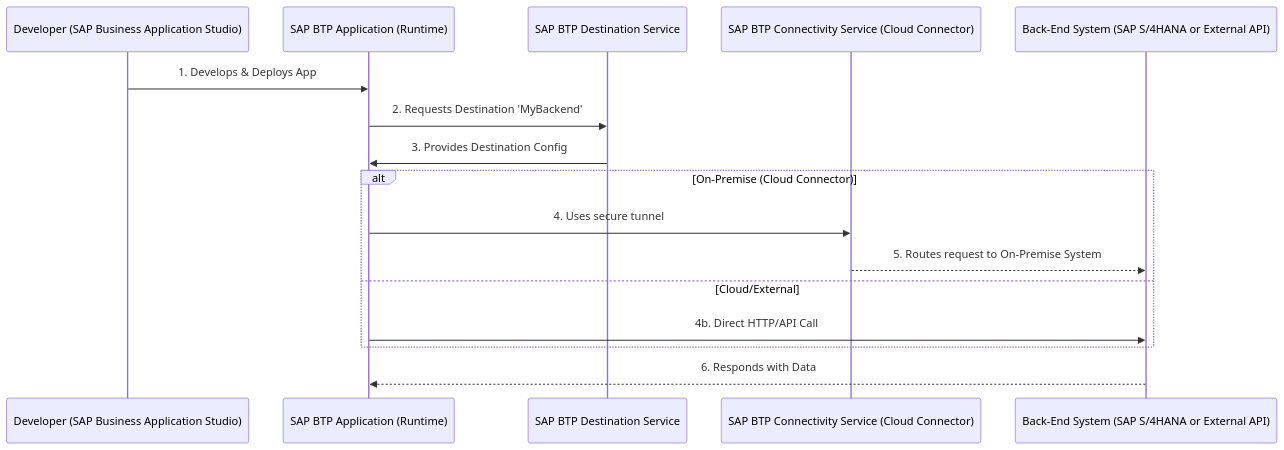
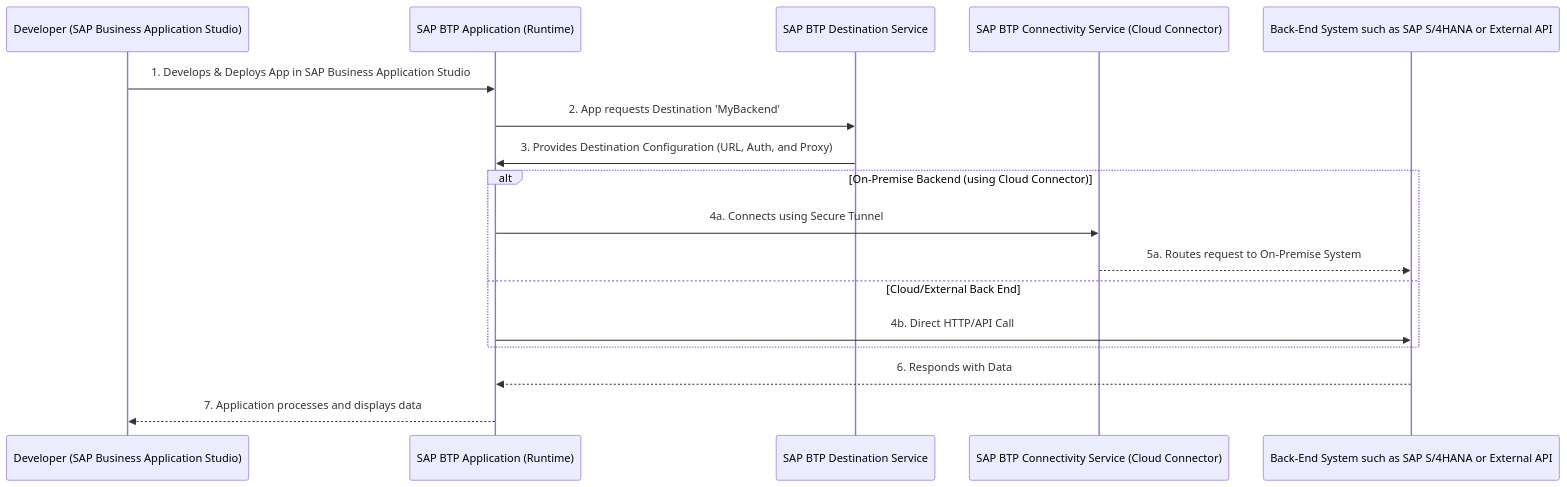
Before and after one commit to SAP/open-ux-tools: the second of 2 diagrams in packages/fiori-docs-embeddings/data_local/fiori-samples.md, drawn with Mermaid. The commit also changed other lines of this file and 4 other files, not shown here.

````diff
--- a/packages/fiori-docs-embeddings/data_local/fiori-samples.md
+++ b/packages/fiori-docs-embeddings/data_local/fiori-samples.md
@@ -4327,21 +3357,22 @@
 ```mermaid
 sequenceDiagram
    participant Developer as Developer (SAP Business Application Studio)
    participant BTPApp as SAP BTP Application (Runtime)
    participant DestinationService as SAP BTP Destination Service
    participant ConnectivityService as SAP BTP Connectivity Service (Cloud Connector)
-   participant BackendSystem as Back-End System (SAP S/4HANA or External API)
+   participant BackendSystem as Back-End System such as SAP S/4HANA or External API
 
-   Developer->>BTPApp: 1. Develops & Deploys App
-   BTPApp->>DestinationService: 2. Requests Destination 'MyBackend'
-   DestinationService->>BTPApp: 3. Provides Destination Config
+   Developer->>BTPApp: 1. Develops & Deploys App in SAP Business Application Studio
+   BTPApp->>DestinationService: 2. App requests Destination 'MyBackend'
+   DestinationService->>BTPApp: 3. Provides Destination Configuration (URL, Auth, and Proxy)
 
-   alt On-Premise (Cloud Connector)
-      BTPApp->>ConnectivityService: 4. Uses secure tunnel
-      ConnectivityService-->>BackendSystem: 5. Routes request to On-Premise System
-   else Cloud/External
+   alt On-Premise Backend (using Cloud Connector)
+      BTPApp->>ConnectivityService: 4a. Connects using Secure Tunnel
+      ConnectivityService-->>BackendSystem: 5a. Routes request to On-Premise System
+   else Cloud/External Back End
       BTPApp->>BackendSystem: 4b. Direct HTTP/API Call
    end
 
    BackendSystem-->>BTPApp: 6. Responds with Data
+   BTPApp-->>Developer: 7. Application processes and displays data
 ```
````
